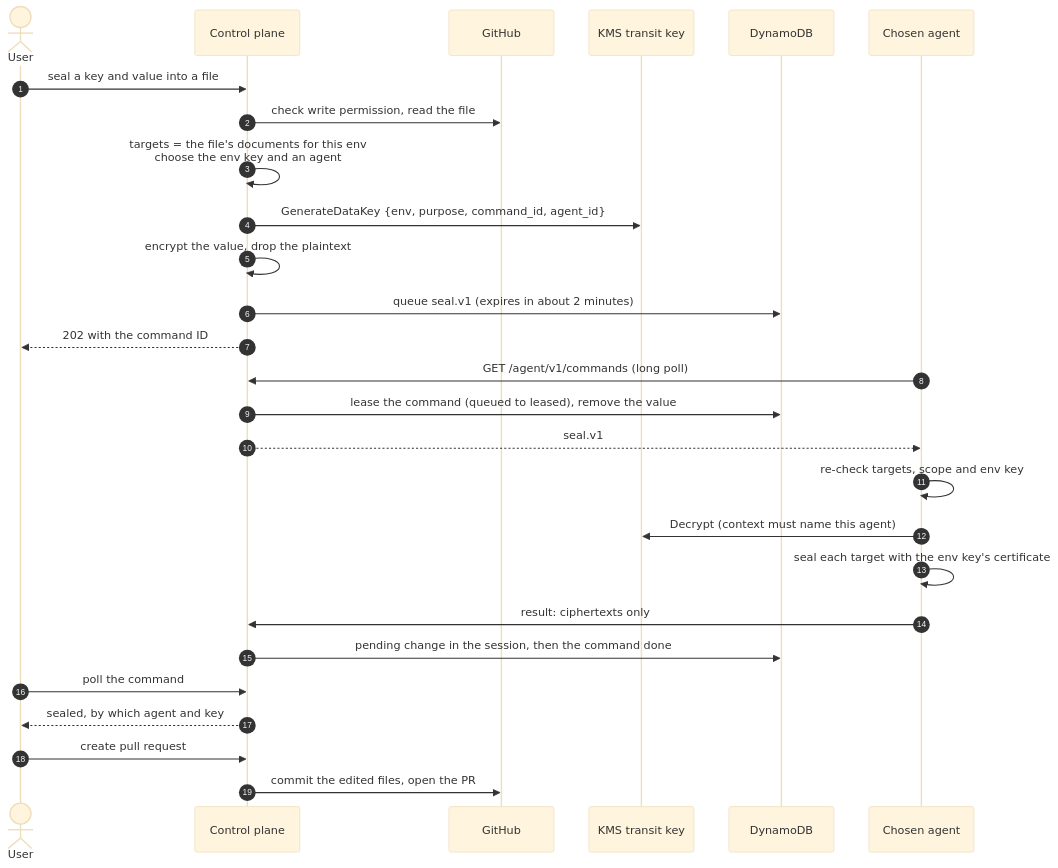
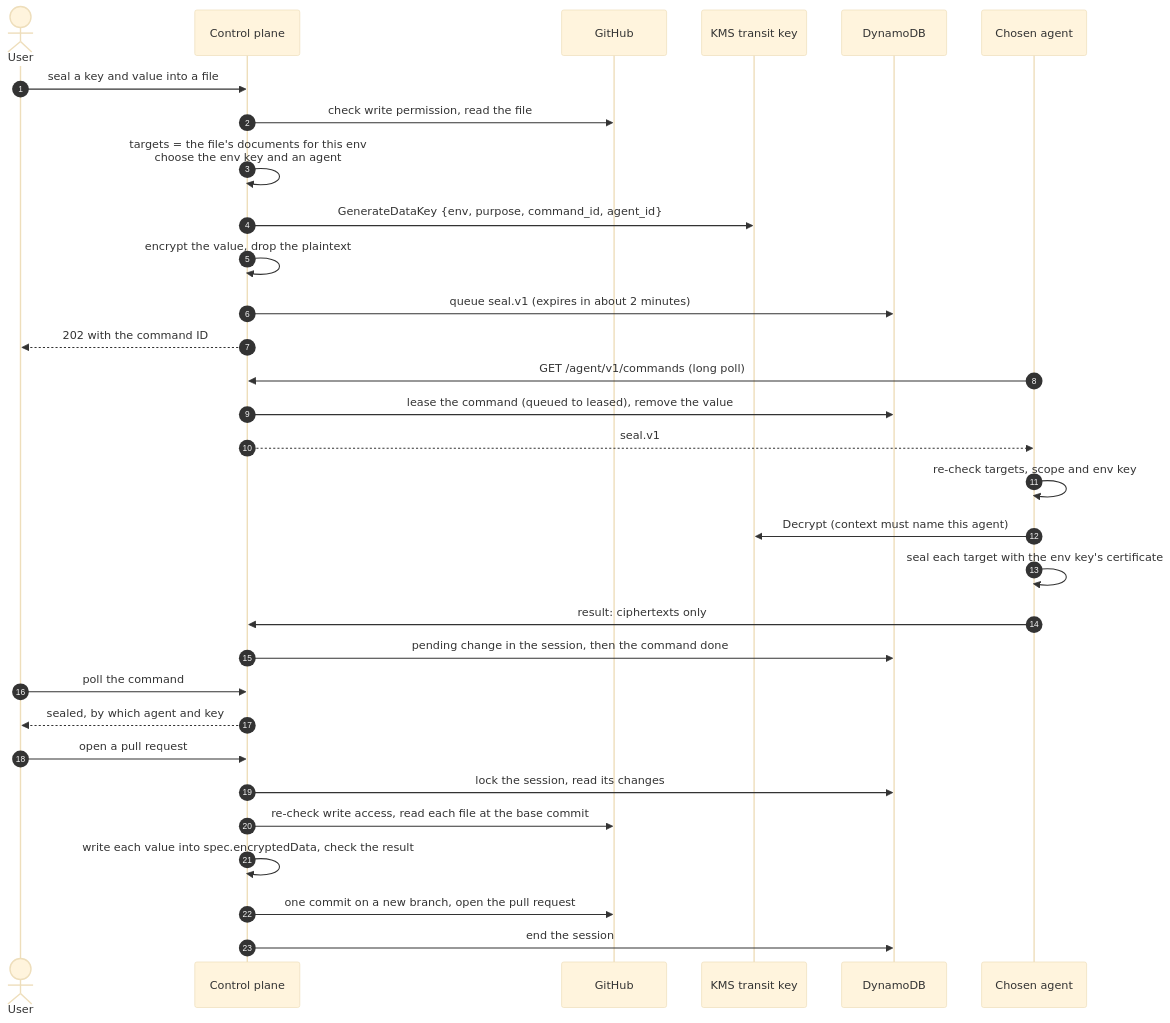
One commit to cruxstack/k8s-sealed-secrets-sealer changed the third of 5 diagrams in docs/design.md. Above: the diagram before and after it, drawn with Mermaid (base theme). The commit also changed other lines of this file and 41 other files, not shown here.

First line of the commit message:
feat: open pull requests from pending changes (#10)

````diff
--- a/docs/design.md
+++ b/docs/design.md
@@ -351,30 +368,34 @@
 ```mermaid
 sequenceDiagram
   autonumber
   actor U as User
   participant CP as Control plane
   participant GH as GitHub
   participant KMS as KMS transit key
   participant DB as DynamoDB
   participant A as Chosen agent
 
   U->>CP: seal a key and value into a file
   CP->>GH: check write permission, read the file
   CP->>CP: targets = the file's documents for this env<br/>choose the env key and an agent
   CP->>KMS: GenerateDataKey {env, purpose, command_id, agent_id}
   CP->>CP: encrypt the value, drop the plaintext
   CP->>DB: queue seal.v1 (expires in about 2 minutes)
   CP-->>U: 202 with the command ID
   A->>CP: GET /agent/v1/commands (long poll)
   CP->>DB: lease the command (queued to leased), remove the value
   CP-->>A: seal.v1
   A->>A: re-check targets, scope and env key
   A->>KMS: Decrypt (context must name this agent)
   A->>A: seal each target with the env key's certificate
   A->>CP: result: ciphertexts only
   CP->>DB: pending change in the session, then the command done
   U->>CP: poll the command
   CP-->>U: sealed, by which agent and key
-  U->>CP: create pull request
-  CP->>GH: commit the edited files, open the PR
+  U->>CP: open a pull request
+  CP->>DB: lock the session, read its changes
+  CP->>GH: re-check write access, read each file at the base commit
+  CP->>CP: write each value into spec.encryptedData, check the result
+  CP->>GH: one commit on a new branch, open the pull request
+  CP->>DB: end the session
 ```
````
